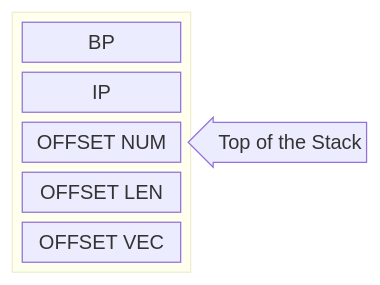
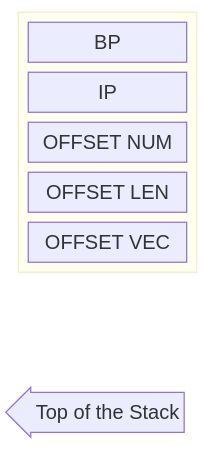
The first of 2 diagrams in Lab_09/proc-mac-write.md (tudorcoroian17/ALP), drawn with Mermaid before and after one commit.

Commit message:
v4.4 for tudorial

````diff
--- a/Lab_09/proc-mac-write.md
+++ b/Lab_09/proc-mac-write.md
@@ -41,8 +41,9 @@
 ```mermaid
 block-beta
+    columns 1
     block
         columns 1
         BP IP c["OFFSET NUM"] d["OFFSET LEN"] e["OFFSET VEC"]
     end
-    arrow<["Top of the Stack"]>(left)
+    arrow<["Top of the Stack"]>(left) space:4
 ```
````
